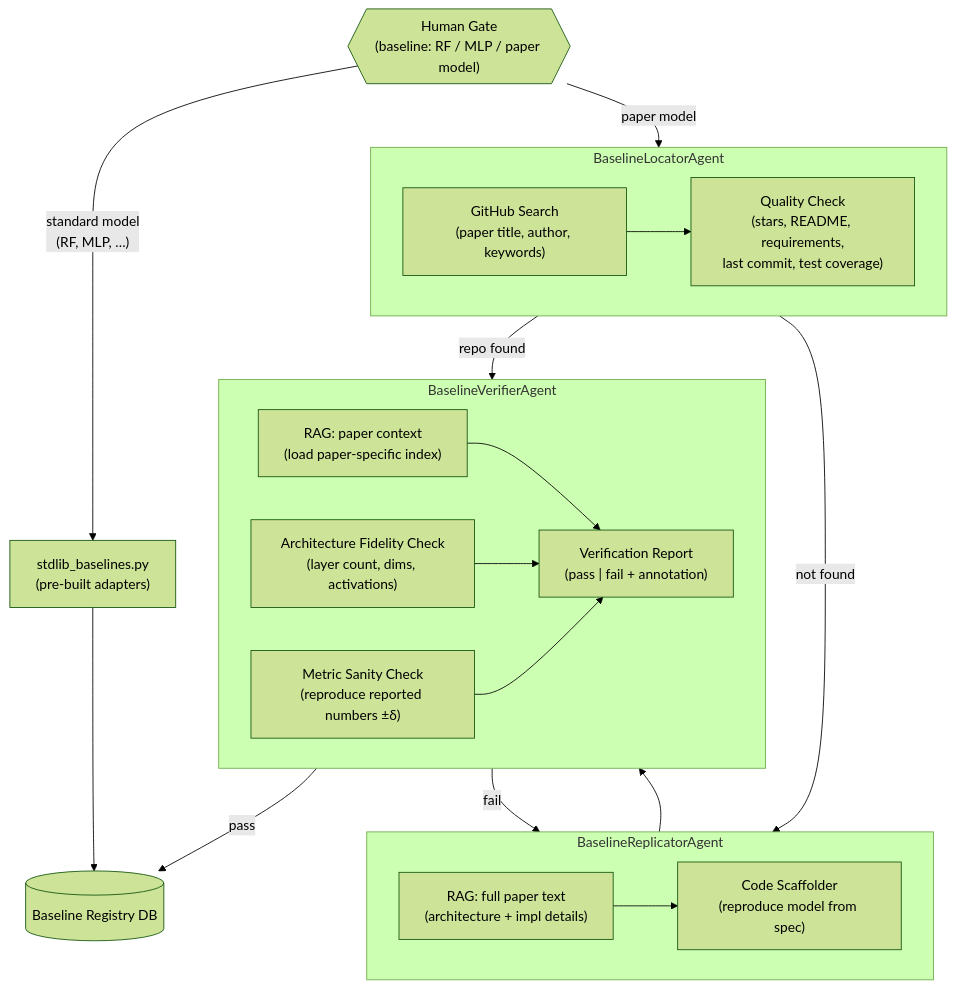
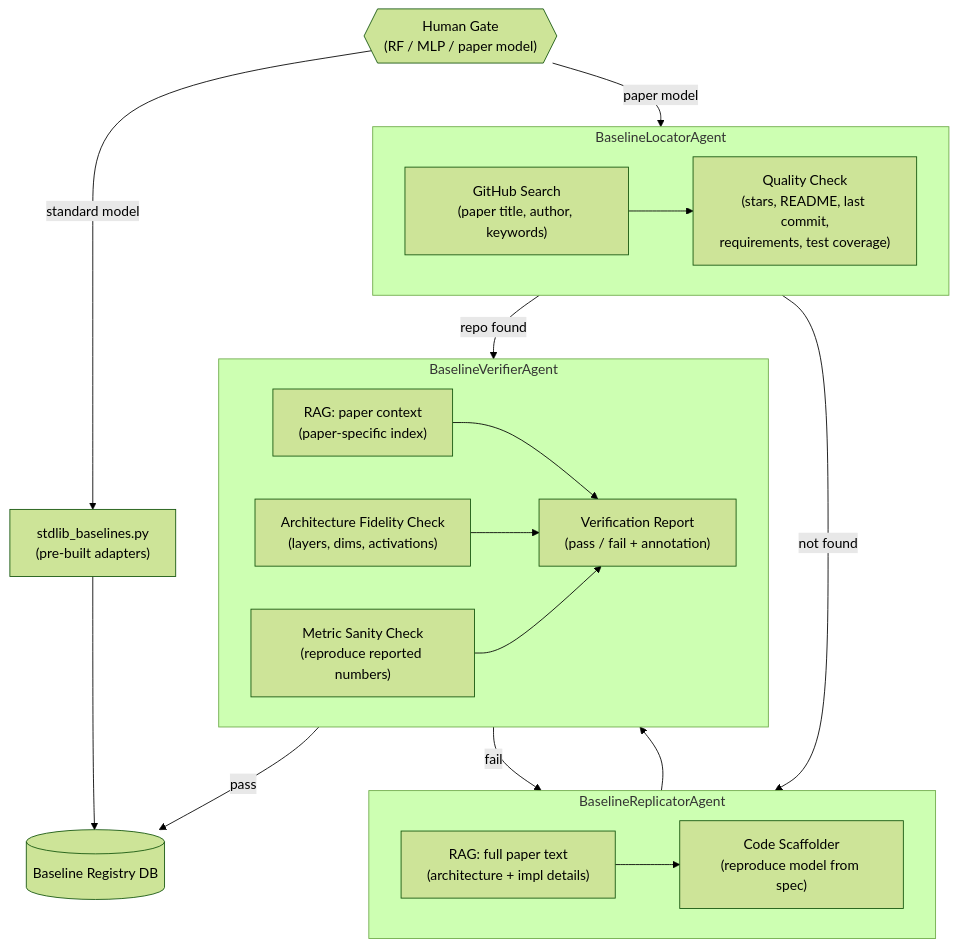
One commit to vegitableoil/my-research-agent changed the fourth of 8 diagrams in ARCHITECTURE.md. Above: the diagram before and after it, drawn with Mermaid (forest theme). The commit also changed other lines of this file, not shown here.

First line of the commit message:
Fix Mermaid parse errors in ARCHITECTURE.md

````diff
--- a/ARCHITECTURE.md
+++ b/ARCHITECTURE.md
@@ -185,32 +185,32 @@
 ```mermaid
 flowchart TD
-    HG3{{"Human Gate\n(baseline: RF / MLP / paper model)"}}
+    HG3{{"Human Gate<br/>(RF / MLP / paper model)"}}
 
     subgraph BaselineLocatorAgent
-        GHS["GitHub Search\n(paper title, author, keywords)"]
-        QUAL["Quality Check\n(stars, README, requirements,\nlast commit, test coverage)"]
+        GHS["GitHub Search<br/>(paper title, author, keywords)"]
+        QUAL["Quality Check<br/>(stars, README, last commit,<br/>requirements, test coverage)"]
         GHS --> QUAL
     end
 
     subgraph BaselineReplicatorAgent
-        PAPER_RAG["RAG: full paper text\n(architecture + impl details)"]
-        SCAFFOLD["Code Scaffolder\n(reproduce model from spec)"]
+        PAPER_RAG["RAG: full paper text<br/>(architecture + impl details)"]
+        SCAFFOLD["Code Scaffolder<br/>(reproduce model from spec)"]
         PAPER_RAG --> SCAFFOLD
     end
 
     subgraph BaselineVerifierAgent
-        PAPER_CTX["RAG: paper context\n(load paper-specific index)"]
-        ARCH_CHECK["Architecture Fidelity Check\n(layer count, dims, activations)"]
-        METRIC_SANITY["Metric Sanity Check\n(reproduce reported numbers ±δ)"]
-        PAPER_CTX & ARCH_CHECK & METRIC_SANITY --> BL_REPORT["Verification Report\n(pass | fail + annotation)"]
+        PAPER_CTX["RAG: paper context<br/>(paper-specific index)"]
+        ARCH_CHECK["Architecture Fidelity Check<br/>(layers, dims, activations)"]
+        METRIC_SANITY["Metric Sanity Check<br/>(reproduce reported numbers)"]
+        PAPER_CTX & ARCH_CHECK & METRIC_SANITY --> BL_REPORT["Verification Report<br/>(pass / fail + annotation)"]
     end
 
     HG3 -->|"paper model"| BaselineLocatorAgent
-    HG3 -->|"standard model\n(RF, MLP, …)"| STDLIB["stdlib_baselines.py\n(pre-built adapters)"]
+    HG3 -->|"standard model"| STDLIB["stdlib_baselines.py<br/>(pre-built adapters)"]
     BaselineLocatorAgent -->|"repo found"| BaselineVerifierAgent
     BaselineLocatorAgent -->|"not found"| BaselineReplicatorAgent
     BaselineReplicatorAgent --> BaselineVerifierAgent
-    BaselineVerifierAgent -->|"pass"| RELDB[(Baseline Registry DB)]
+    BaselineVerifierAgent -->|"pass"| RELDB[("Baseline Registry DB")]
     BaselineVerifierAgent -->|"fail"| BaselineReplicatorAgent
     STDLIB --> RELDB
 ```
````
